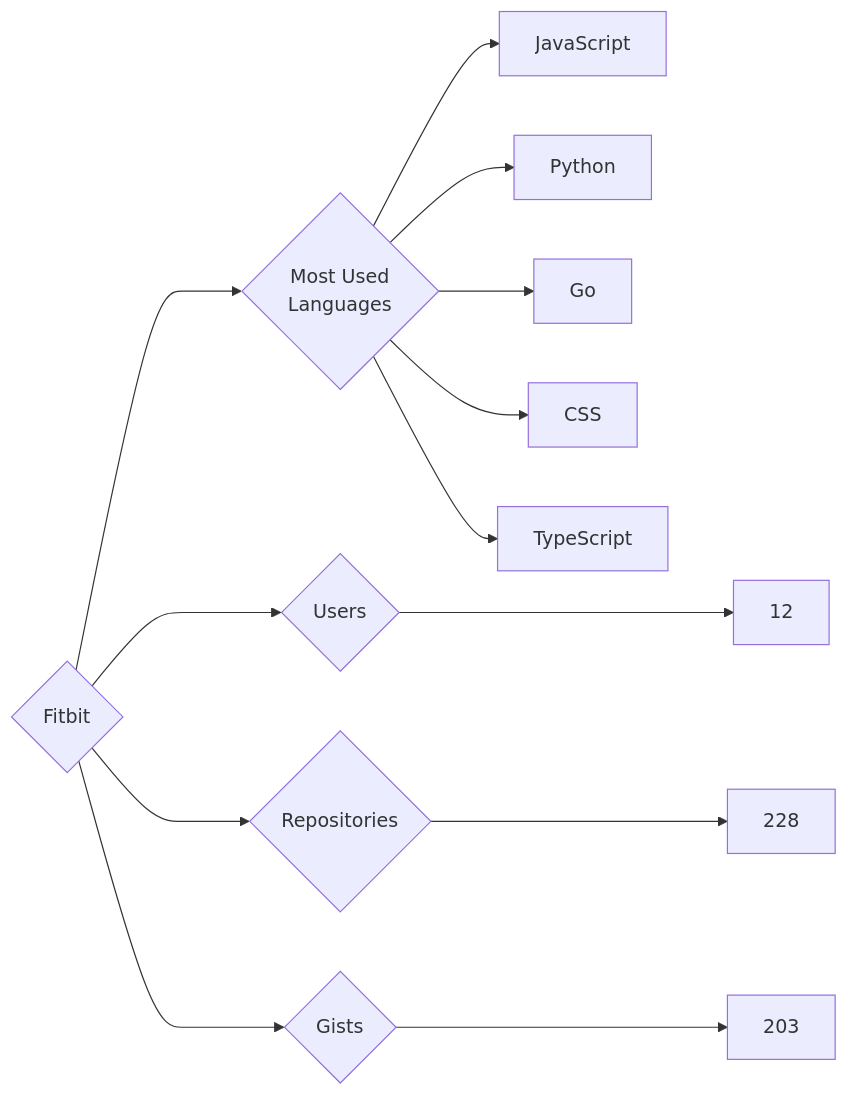
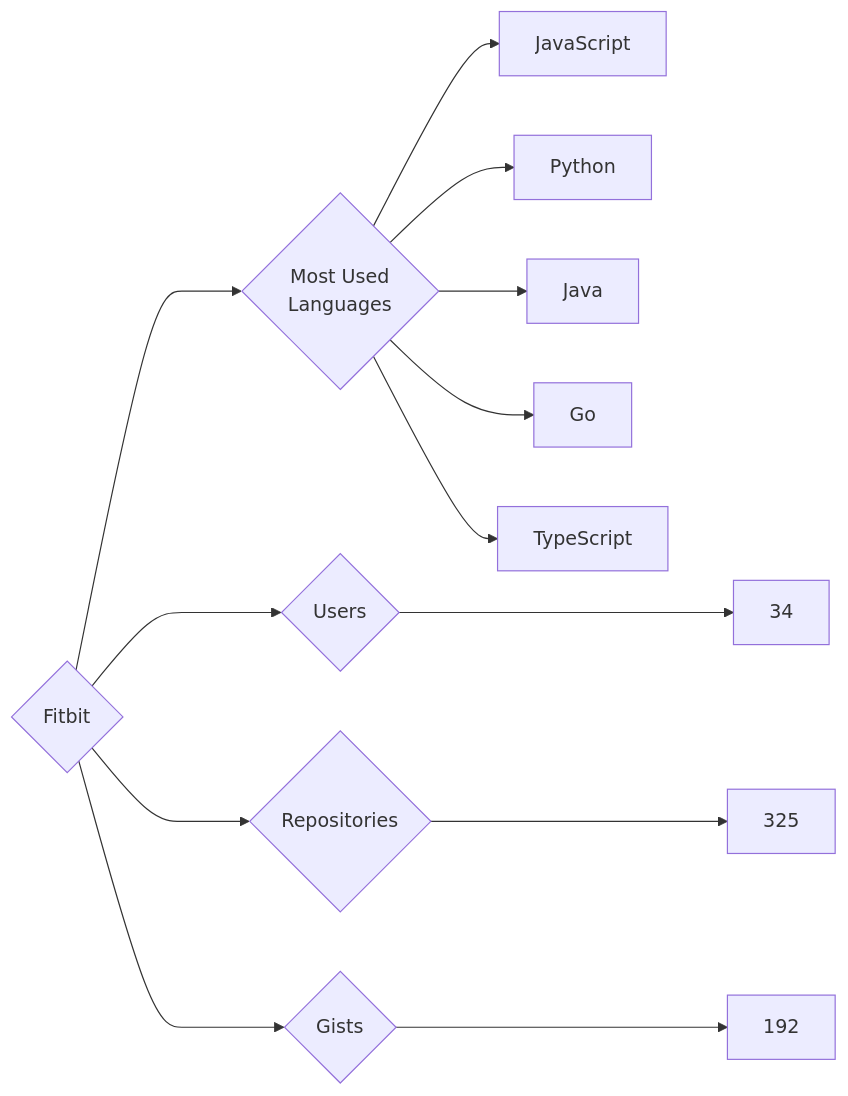
Before and after one commit to trickest/insiders: the diagram in targets/Fitbit/README.md, drawn with Mermaid. The commit also changed 927 other files, not shown here.

````diff
--- a/targets/Fitbit/README.md
+++ b/targets/Fitbit/README.md
@@ -3,13 +3,13 @@
 ```mermaid
 graph LR
 COMPANY_NAME{Fitbit}
-COMPANY_NAME ---> U{Users} ---> UN[12]
-COMPANY_NAME ---> R{Repositories} ---> RN[228]
-COMPANY_NAME ---> G{Gists} ---> GN[203]
+COMPANY_NAME ---> U{Users} ---> UN[34]
+COMPANY_NAME ---> R{Repositories} ---> RN[325]
+COMPANY_NAME ---> G{Gists} ---> GN[192]
 COMPANY_NAME ---> ML{Most Used<br>Languages}
 ML --> JavaScript[JavaScript]
 ML --> Python[Python]
+ML --> Java[Java]
 ML --> Go[Go]
-ML --> CSS[CSS]
 ML --> TypeScript[TypeScript]
 ```
````
